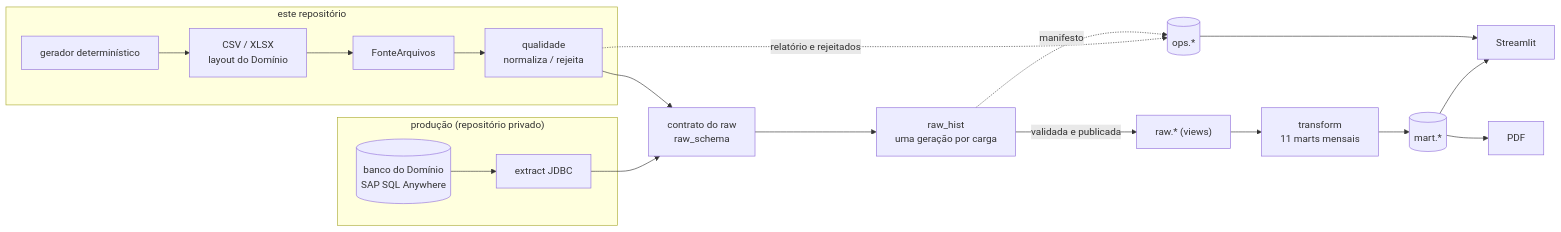
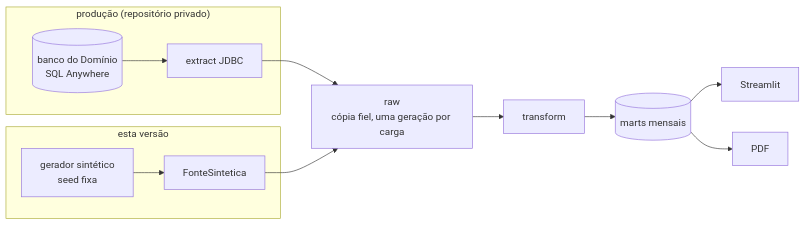
One commit to leirosjose/painel-contabil changed the diagram in README.md. Above: the diagram before and after it, drawn with Mermaid. The commit also changed other lines of this file and 9 other files, not shown here.

Commit message:
docs: readme novo, arquitetura da fonte sintetica e screenshots

````diff
--- a/README.md
+++ b/README.md
@@ -92,22 +29,15 @@
 ```mermaid
 flowchart LR
-    subgraph PRIV ["produção (repositório privado)"]
-        D[("banco do Domínio<br/>SAP SQL Anywhere")] --> X["extract JDBC"]
+    subgraph PROD ["produção (repositório privado)"]
+        D[("banco do Domínio<br/>SQL Anywhere")] --> X["extract JDBC"]
     end
-    subgraph PUB ["este repositório"]
-        G["gerador determinístico"] --> C["CSV / XLSX<br/>layout do Domínio"]
-        C --> F["FonteArquivos"]
-        F --> Q["qualidade<br/>normaliza / rejeita"]
+    subgraph PUB ["esta versão"]
+        G["gerador sintético<br/>seed fixa"] --> S["FonteSintetica"]
     end
-    X --> K
-    Q --> K["contrato do raw<br/>raw_schema"]
-    K --> R["raw_hist<br/>uma geração por carga"]
-    R -->|validada e publicada| V["raw.* (views)"]
-    V --> T["transform<br/>11 marts mensais"]
-    T --> M[("mart.*")]
+    X --> R["raw<br/>cópia fiel, uma geração por carga"]
+    S --> R
+    R --> T["transform"]
+    T --> M[("marts mensais")]
     M --> A["Streamlit"]
     M --> P["PDF"]
-    Q -.->|relatório e rejeitados| O[("ops.*")]
-    R -.->|manifesto| O
-    O --> A
 ```
````
